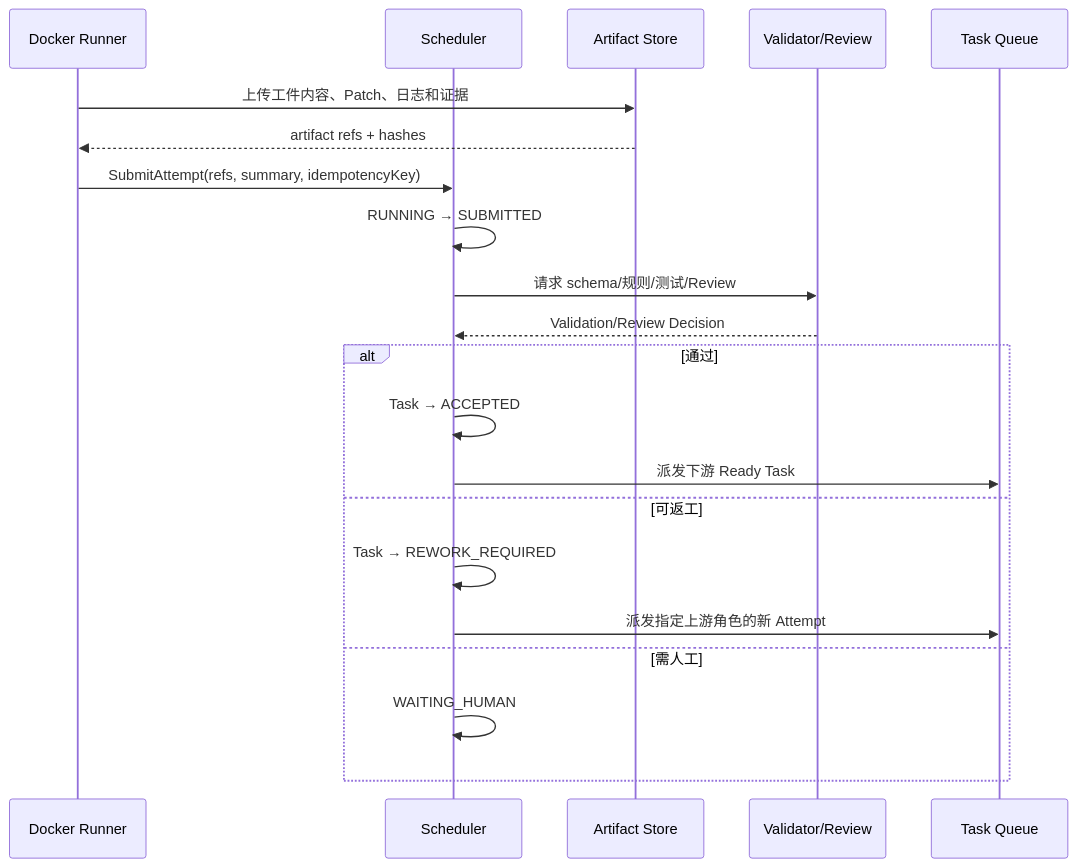
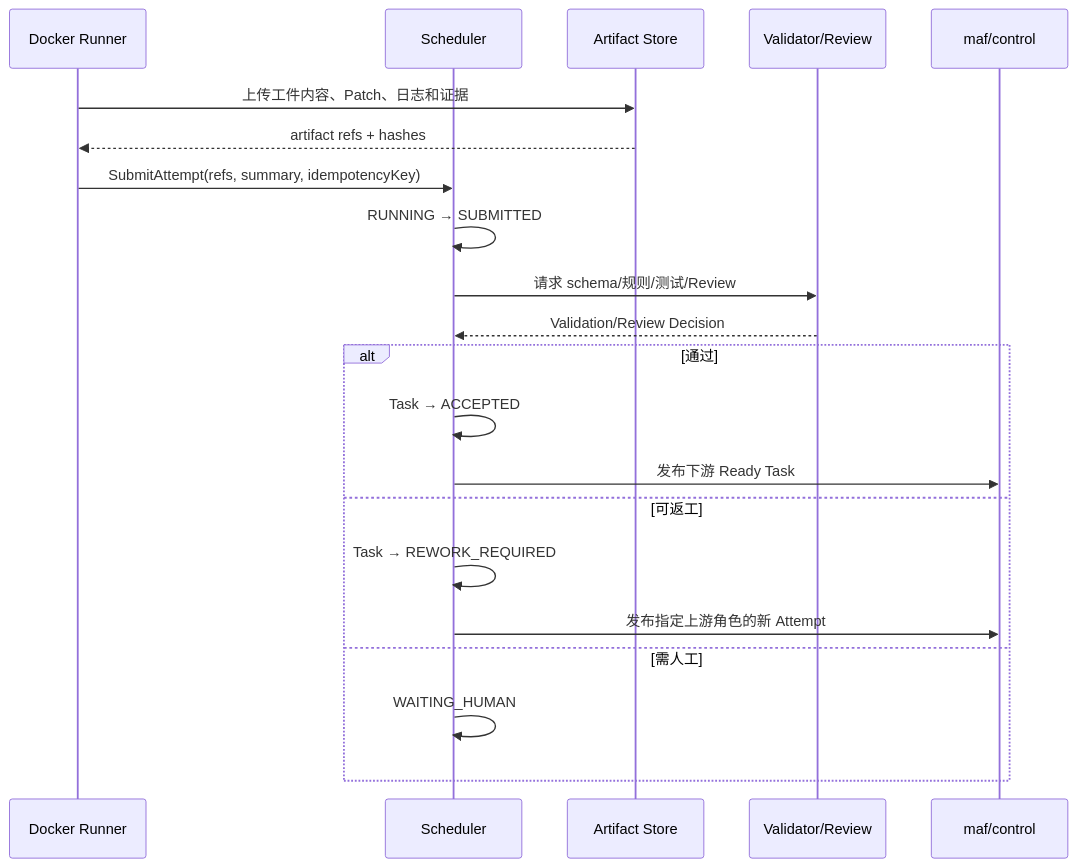
One commit to mei-lun/multi-agent-flow changed the fifth of 9 diagrams in doc/多Agent协同工具需求分析文档.md. Above: the diagram before and after it, drawn with Mermaid. The commit also changed other lines of this file and 228 other files, not shown here.

````diff
--- a/doc/多Agent协同工具需求分析文档.md
+++ b/doc/多Agent协同工具需求分析文档.md
@@ -888,24 +889,24 @@
 ```mermaid
 sequenceDiagram
     participant R as Docker Runner
     participant S as Scheduler
     participant A as Artifact Store
     participant V as Validator/Review
-    participant Q as Task Queue
+    participant C as maf/control
 
     R->>A: 上传工件内容、Patch、日志和证据
     A-->>R: artifact refs + hashes
     R->>S: SubmitAttempt(refs, summary, idempotencyKey)
     S->>S: RUNNING → SUBMITTED
     S->>V: 请求 schema/规则/测试/Review
     V-->>S: Validation/Review Decision
     alt 通过
         S->>S: Task → ACCEPTED
-        S->>Q: 派发下游 Ready Task
+        S->>C: 发布下游 Ready Task
     else 可返工
         S->>S: Task → REWORK_REQUIRED
-        S->>Q: 派发指定上游角色的新 Attempt
+        S->>C: 发布指定上游角色的新 Attempt
     else 需人工
         S->>S: WAITING_HUMAN
     end
 ```
````
